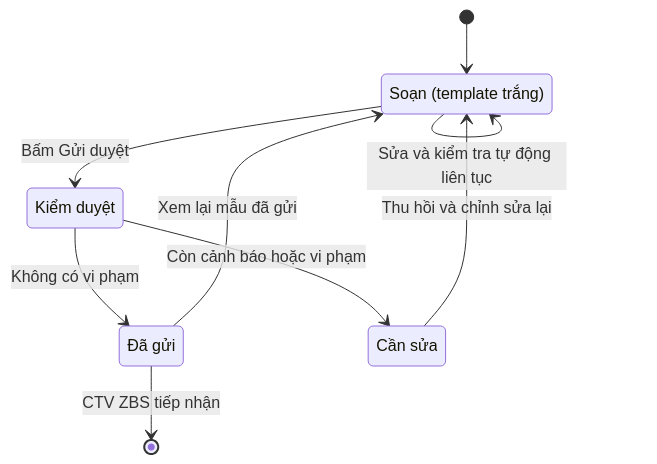
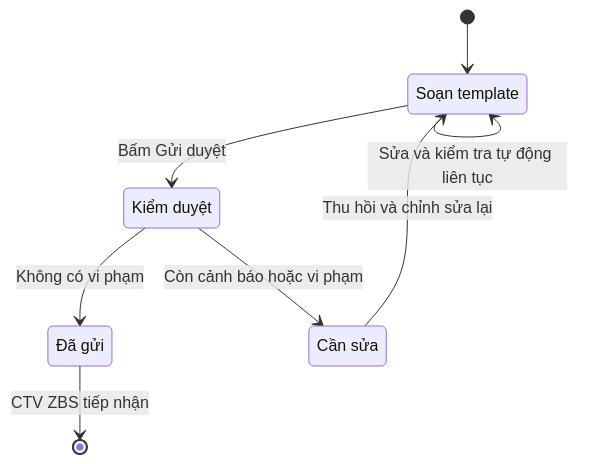
Before and after one commit to hwinhwork-dot/zbs-studio: the third of 3 diagrams in README.md, drawn with Mermaid. The commit also changed other lines of this file, not shown here.

````diff
--- a/README.md
+++ b/README.md
@@ -111,15 +111,14 @@
 ```mermaid
 stateDiagram-v2
     [*] --> Soan
-    Soan: Soạn (template trắng)
+    Soan: Soạn template
     KiemDuyet: Kiểm duyệt
     DaGui: Đã gửi
     CanSua: Cần sửa
     Soan --> Soan: Sửa và kiểm tra tự động liên tục
     Soan --> KiemDuyet: Bấm Gửi duyệt
     KiemDuyet --> DaGui: Không có vi phạm
     KiemDuyet --> CanSua: Còn cảnh báo hoặc vi phạm
     DaGui --> [*]: CTV ZBS tiếp nhận
     CanSua --> Soan: Thu hồi và chỉnh sửa lại
-    DaGui --> Soan: Xem lại mẫu đã gửi
 ```
````
